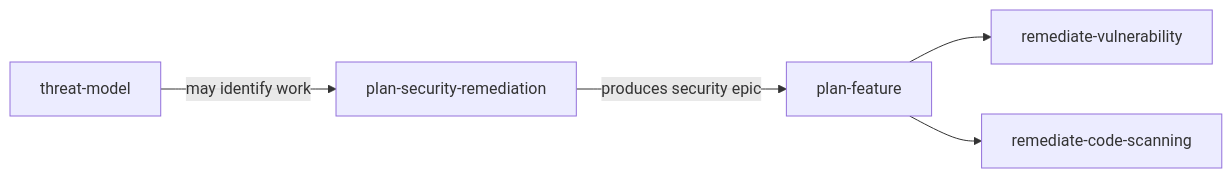
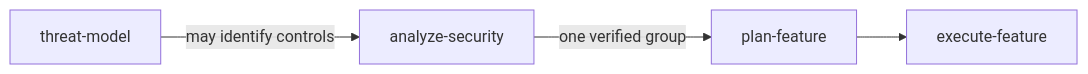
One commit to pnewsam/skills changed the fifth of 14 diagrams in README.md. Above: the diagram before and after it, drawn with Mermaid. The commit also changed other lines of this file and 45 other files, not shown here.

````diff
--- a/README.md
+++ b/README.md
@@ -192,7 +196,6 @@
 ```mermaid
 flowchart LR
-    TM[threat-model] -->|may identify work| PSR[plan-security-remediation]
-    PSR -->|produces security epic| PF1[plan-feature]
-    PF1 --> RV[remediate-vulnerability]
-    PF1 --> RCS[remediate-code-scanning]
+    TM[threat-model] -->|may identify controls| AS[analyze-security]
+    AS -->|one verified group| PF1[plan-feature]
+    PF1 --> EF1[execute-feature]
 ```
````
